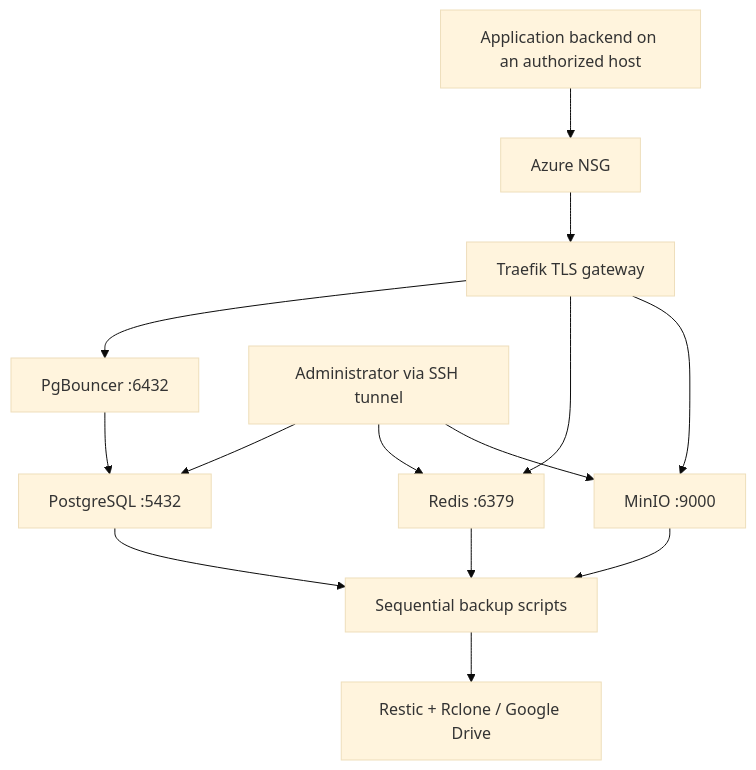
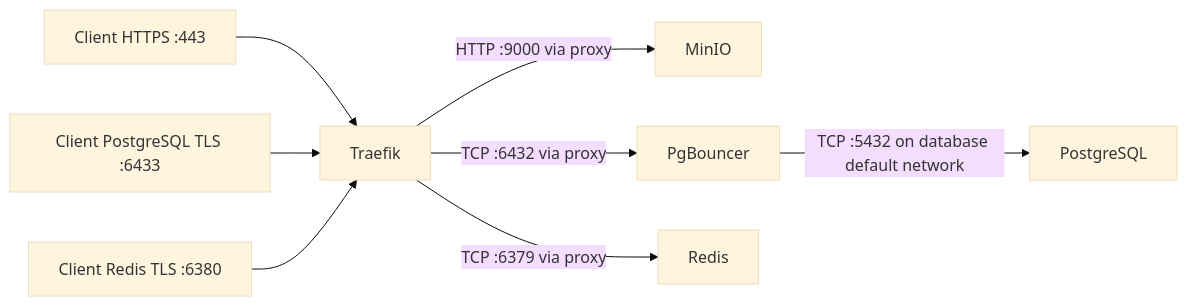
One commit to nguyennan12/nguyenan-infrastructure changed the second of 6 diagrams in docs/ARCHITECTURE.md. Above: the diagram before and after it, drawn with Mermaid (base theme). The commit also changed other lines of this file and 13 other files, not shown here.

````diff
--- a/docs/ARCHITECTURE.md
+++ b/docs/ARCHITECTURE.md
@@ -5,17 +28,10 @@
 ```mermaid
-flowchart TD
-  BE[Application backend on an authorized host]
-  BE --> NSG[Azure NSG]
-  NSG --> T[Traefik TLS gateway]
-  T --> P[PgBouncer :6432]
-  P --> PG[PostgreSQL :5432]
-  T --> R[Redis :6379]
-  T --> M[MinIO :9000]
-  PG --> B[Sequential backup scripts]
-  R --> B
-  M --> B
-  B --> G[Restic + Rclone / Google Drive]
-  A[Administrator via SSH tunnel] --> PG
-  A --> R
-  A --> M
+flowchart LR
+  HTTPS[Client HTTPS :443] --> T[Traefik]
+  PGTLS[Client PostgreSQL TLS :6433] --> T
+  RTLS[Client Redis TLS :6380] --> T
+  T -->|HTTP :9000 via proxy| M[MinIO]
+  T -->|TCP :6432 via proxy| B[PgBouncer]
+  B -->|TCP :5432 on database default network| P[PostgreSQL]
+  T -->|TCP :6379 via proxy| R[Redis]
 ```
````
